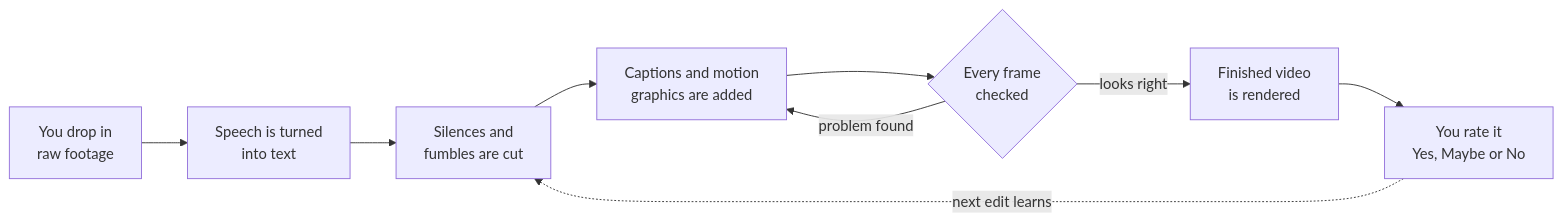
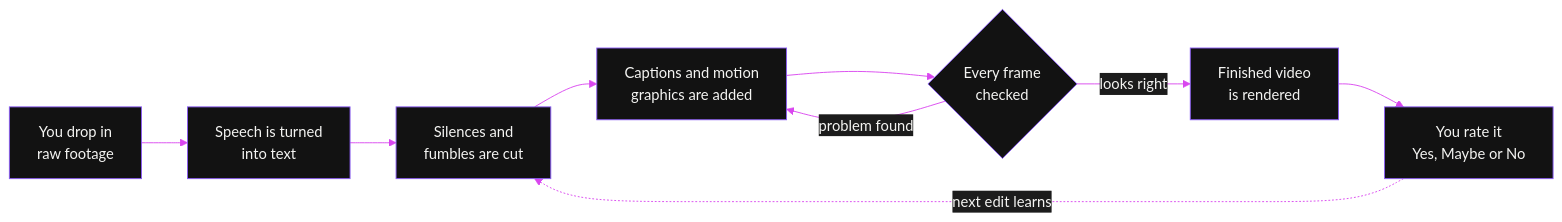
One commit to F0rger123/claude-video-editing-god-mode changed the first of 3 diagrams in README.md. Above: the diagram before and after it, drawn with Mermaid. The commit also changed other lines of this file, not shown here.

Commit message:
docs: refresh README (colored diagrams, current visibility and description) [skip ci]

````diff
--- a/README.md
+++ b/README.md
@@ -80,11 +80,12 @@
 ```mermaid
+%%{init: {'theme':'base','themeVariables':{'primaryColor':'#121212','primaryTextColor':'#f4f4f2','primaryBorderColor':'#8b5cf6','lineColor':'#d946ef','secondaryColor':'#1c1c1c','tertiaryColor':'#080808','clusterBkg':'transparent','clusterBorder':'#8b5cf6','noteBkgColor':'#1c1c1c','noteTextColor':'#f4f4f2','actorBkg':'#121212','actorTextColor':'#f4f4f2','actorBorder':'#8b5cf6','signalColor':'#d946ef','signalTextColor':'#d946ef','labelBoxBkgColor':'#121212','fontFamily':'inherit'}}}%%
 flowchart LR
     A["You drop in<br/>raw footage"] --> B["Speech is turned<br/>into text"]
     B --> C["Silences and<br/>fumbles are cut"]
     C --> D["Captions and motion<br/>graphics are added"]
     D --> E{"Every frame<br/>checked"}
     E -->|problem found| D
     E -->|looks right| F["Finished video<br/>is rendered"]
     F --> G["You rate it<br/>Yes, Maybe or No"]
     G -.->|next edit learns| C
 ```
````
